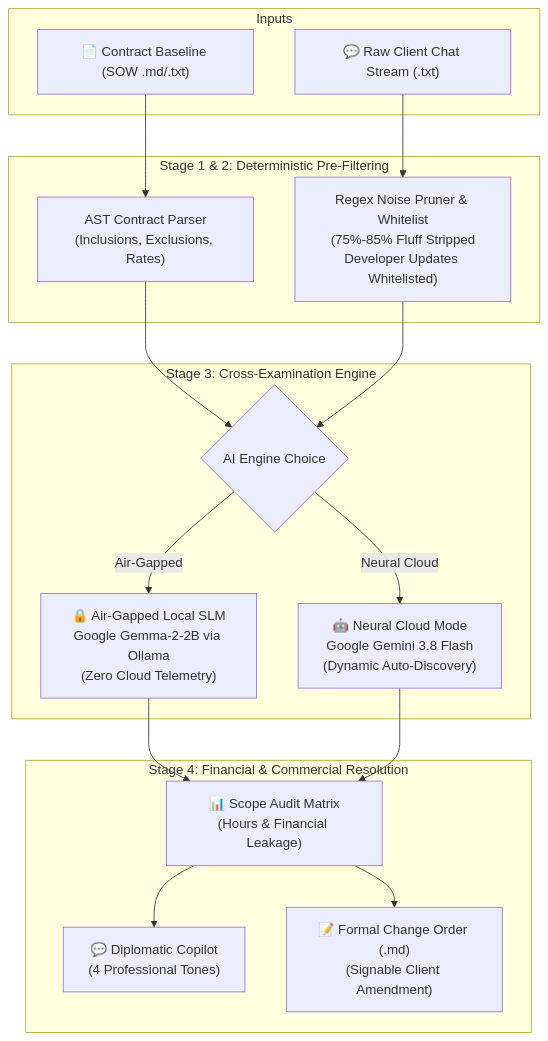
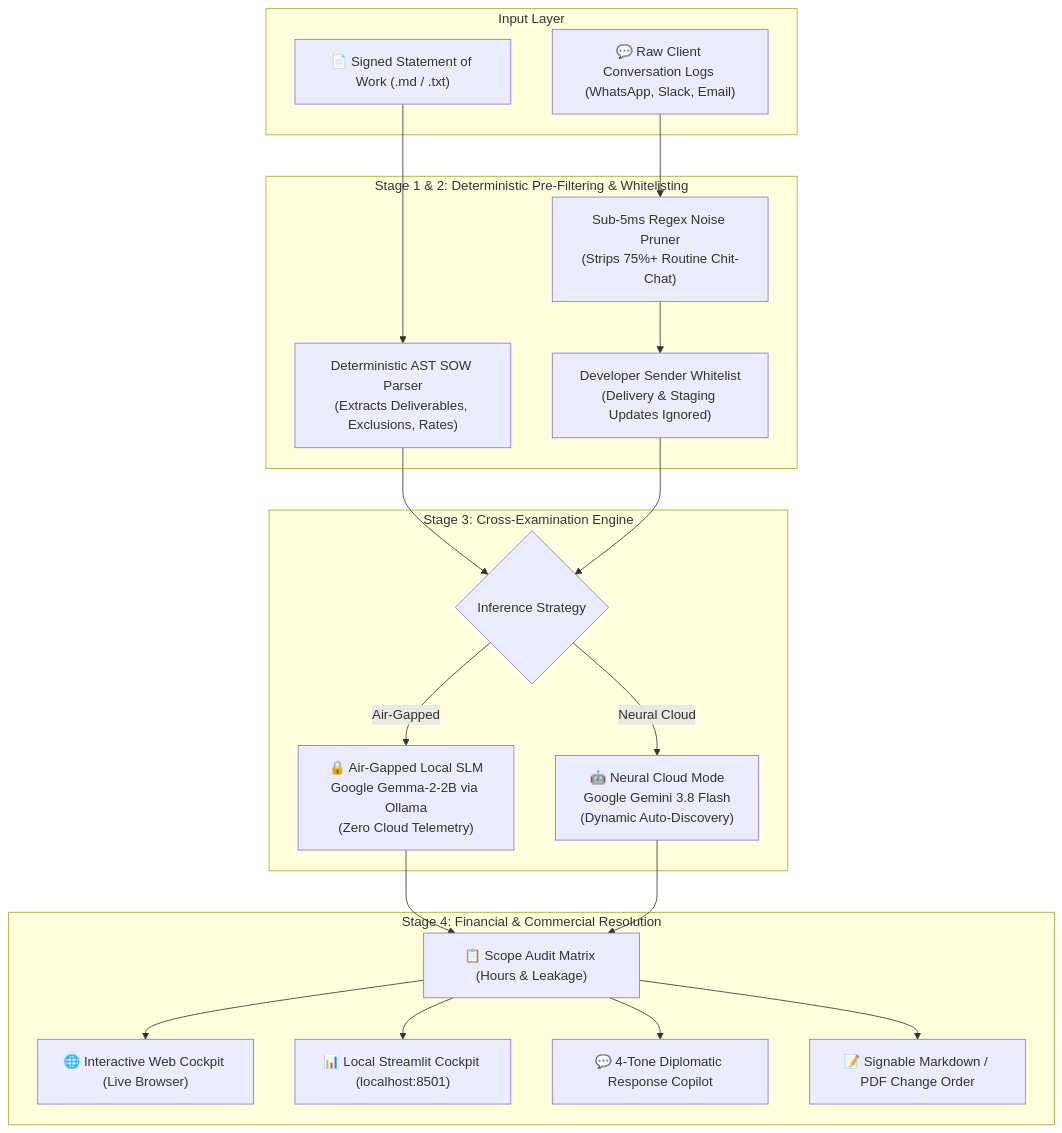
The diagram in README.md (sharan-s-dev/Scope-Kernel), drawn with Mermaid before and after one commit. The commit also changed other lines of this file and 3 other files, not shown here.

````diff
--- a/README.md
+++ b/README.md
@@ -81,35 +123,41 @@
 ```mermaid
 flowchart TD
-    subgraph Inputs ["Inputs"]
-        SOW["📄 Contract Baseline (SOW .md/.txt)"]
-        Chat["💬 Raw Client Chat Stream (.txt)"]
+    subgraph Inputs ["Input Layer"]
+        SOW["📄 Signed Statement of Work (.md / .txt)"]
+        Chat["💬 Raw Client Conversation Logs (WhatsApp, Slack, Email)"]
     end
 
-    subgraph Deterministic ["Stage 1 & 2: Deterministic Pre-Filtering"]
-        AST["AST Contract Parser\n(Inclusions, Exclusions, Rates)"]
-        Regex["Regex Noise Pruner & Whitelist\n(75%-85% Fluff Stripped\nDeveloper Updates Whitelisted)"]
+    subgraph Deterministic ["Stage 1 & 2: Deterministic Pre-Filtering & Whitelisting"]
+        AST["Deterministic AST SOW Parser\n(Extracts Deliverables, Exclusions, Rates)"]
+        Pruner["Sub-5ms Regex Noise Pruner\n(Strips 75%+ Routine Chit-Chat)"]
+        Whitelist["Developer Sender Whitelist\n(Delivery & Staging Updates Ignored)"]
     end
 
     subgraph Inference ["Stage 3: Cross-Examination Engine"]
-        Engine{"AI Engine Choice"}
+        Engine{"Inference Strategy"}
         Gemma["🔒 Air-Gapped Local SLM\nGoogle Gemma-2-2B via Ollama\n(Zero Cloud Telemetry)"]
         Gemini["🤖 Neural Cloud Mode\nGoogle Gemini 3.8 Flash\n(Dynamic Auto-Discovery)"]
     end
 
     subgraph Outputs ["Stage 4: Financial & Commercial Resolution"]
-        Matrix["📊 Scope Audit Matrix\n(Hours & Financial Leakage)"]
-        Copilot["💬 Diplomatic Copilot\n(4 Professional Tones)"]
-        ChangeOrder["📝 Formal Change Order (.md)\n(Signable Client Amendment)"]
+        Cockpit["🌐 Interactive Web Cockpit (Live Browser)"]
+        StreamlitUI["📊 Local Streamlit Cockpit (localhost:8501)"]
+        Matrix["📋 Scope Audit Matrix (Hours & Leakage)"]
+        Copilot["💬 4-Tone Diplomatic Response Copilot"]
+        ChangeOrder["📝 Signable Markdown / PDF Change Order"]
     end
 
     SOW --> AST
-    Chat --> Regex
+    Chat --> Pruner
+    Pruner --> Whitelist
     AST --> Engine
-    Regex --> Engine
+    Whitelist --> Engine
     Engine -->|Air-Gapped| Gemma
     Engine -->|Neural Cloud| Gemini
     Gemma --> Matrix
     Gemini --> Matrix
+    Matrix --> Cockpit
+    Matrix --> StreamlitUI
     Matrix --> Copilot
     Matrix --> ChangeOrder
 ```
````
